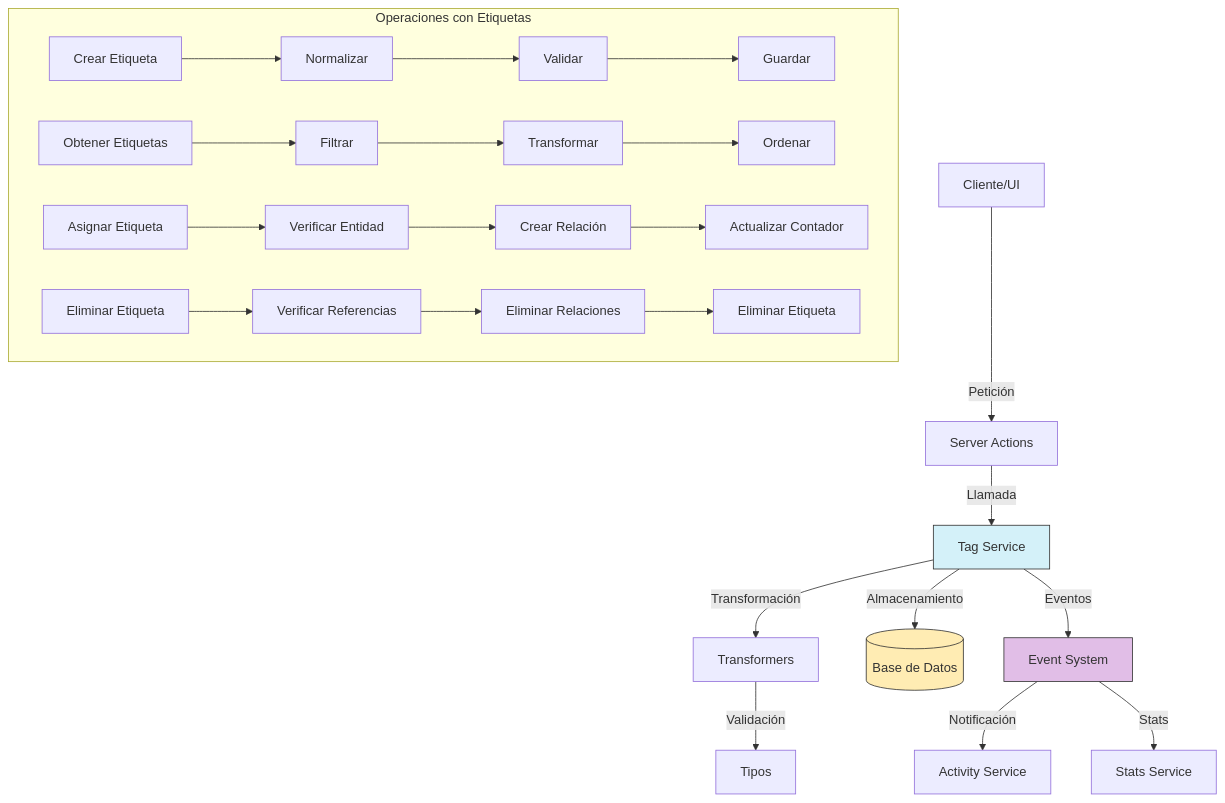
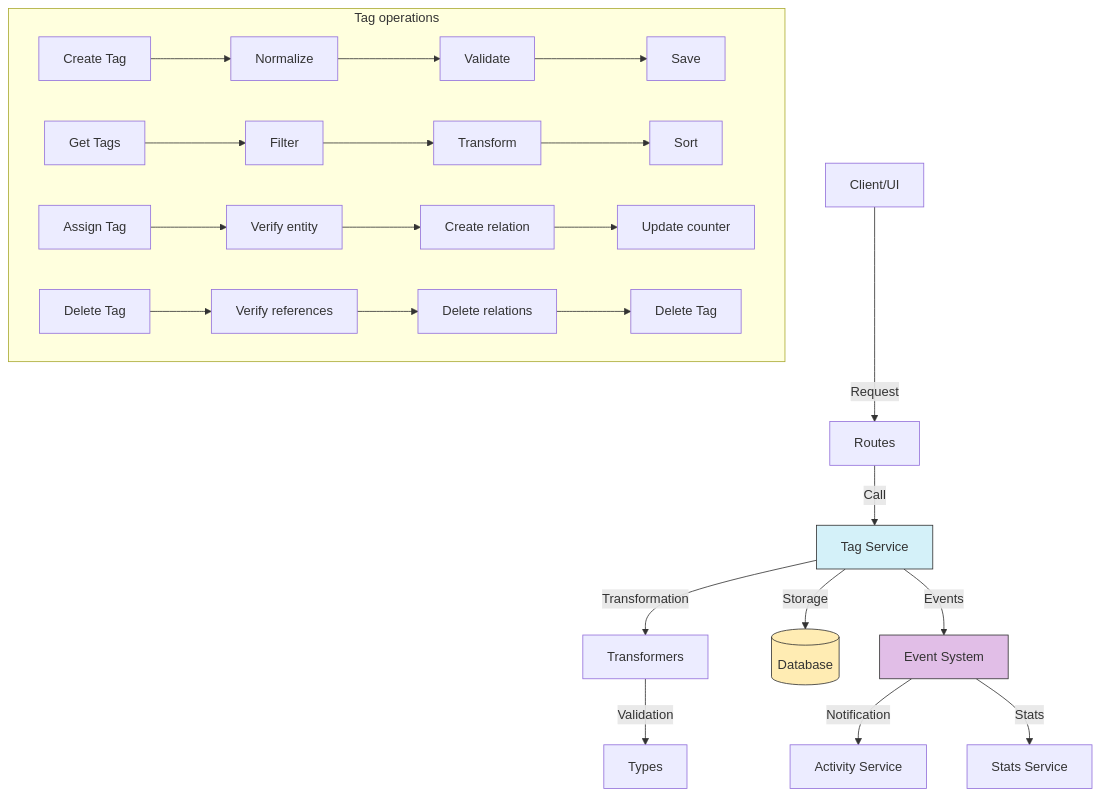
Before and after one commit to gvastethecreator/media-manager: the diagram in src/services/tag/README.md, drawn with Mermaid. The commit also changed other lines of this file and 98 other files, not shown here.

Commit message:
docs: initialize comprehensive architectural documentation and component-level README files across the repository.

````diff
--- a/src/services/tag/README.md
+++ b/src/services/tag/README.md
@@ -9,33 +15,33 @@
 ```mermaid
 graph TD
-    A[Cliente/UI] -->|Petición| B[Server Actions]
-    B -->|Llamada| C[Tag Service]
-    C -->|Transformación| D[Transformers]
-    D -->|Validación| E[Tipos]
-    C -->|Almacenamiento| F[(Base de Datos)]
-    C -->|Eventos| G[Event System]
-    G -->|Notificación| H[Activity Service]
+    A[Client/UI] -->|Request| B[Routes]
+    B -->|Call| C[Tag Service]
+    C -->|Transformation| D[Transformers]
+    D -->|Validation| E[Types]
+    C -->|Storage| F[(Database)]
+    C -->|Events| G[Event System]
+    G -->|Notification| H[Activity Service]
     G -->|Stats| I[Stats Service]
 
-    subgraph "Operaciones con Etiquetas"
-        J[Crear Etiqueta] --> K[Normalizar]
-        K --> L[Validar]
-        L --> M[Guardar]
+    subgraph "Tag operations"
+        J[Create Tag] --> K[Normalize]
+        K --> L[Validate]
+        L --> M[Save]
 
-        N[Obtener Etiquetas] --> O[Filtrar]
-        O --> P[Transformar]
-        P --> Q[Ordenar]
+        N[Get Tags] --> O[Filter]
+        O --> P[Transform]
+        P --> Q[Sort]
 
-        R[Asignar Etiqueta] --> S[Verificar Entidad]
-        S --> T[Crear Relación]
-        T --> U[Actualizar Contador]
+        R[Assign Tag] --> S[Verify entity]
+        S --> T[Create relation]
+        T --> U[Update counter]
 
-        V[Eliminar Etiqueta] --> W[Verificar Referencias]
-        W --> X[Eliminar Relaciones]
-        X --> Y[Eliminar Etiqueta]
+        V[Delete Tag] --> W[Verify references]
+        W --> X[Delete relations]
+        X --> Y[Delete Tag]
     end
 
     style C fill:#d4f1f9,stroke:#333,stroke-width:1px
     style F fill:#ffecb3,stroke:#333,stroke-width:1px
     style G fill:#e1bee7,stroke:#333,stroke-width:1px
 ```
````
